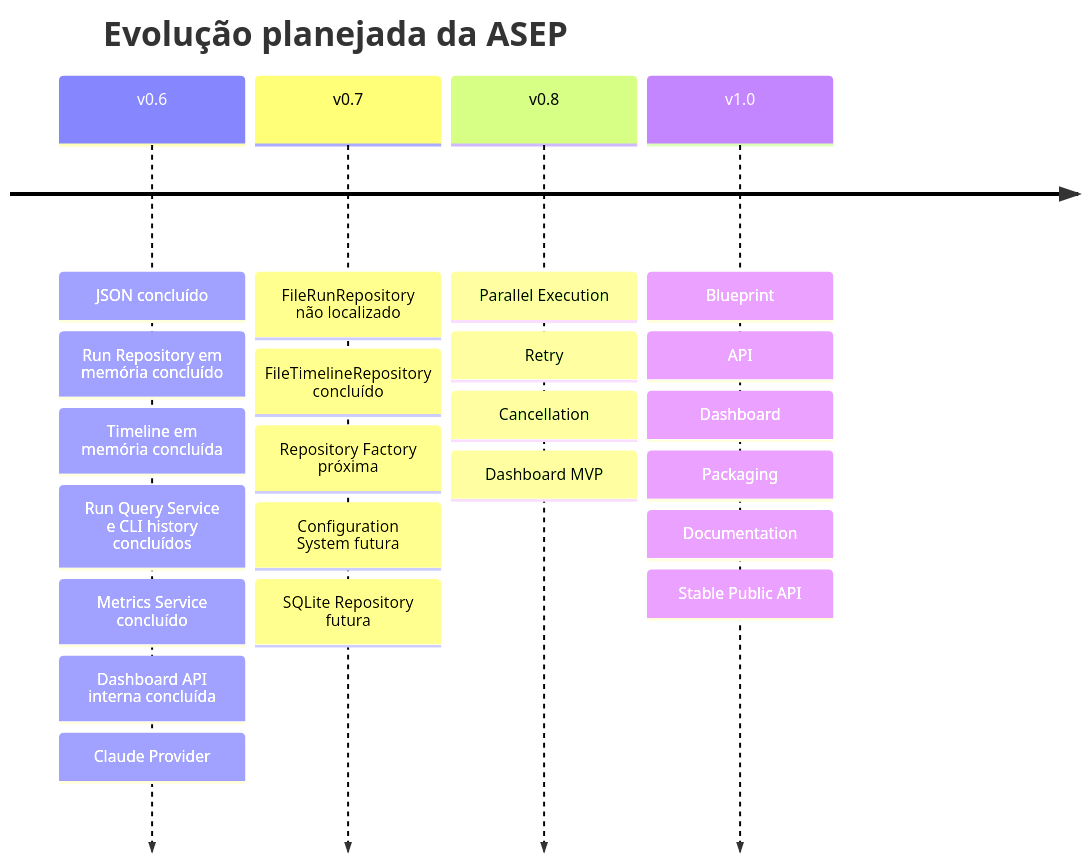
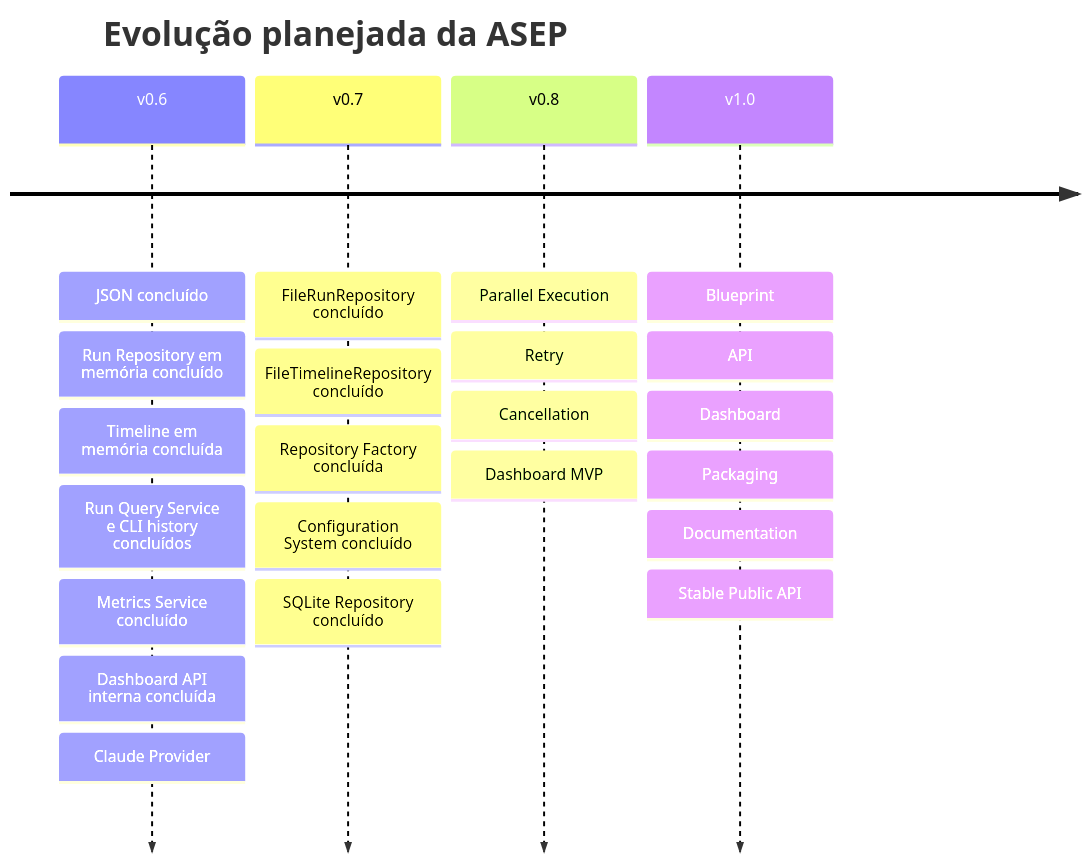
One commit to paul-92/fabrica-de-software changed the diagram in docs/architecture/Roadmap.md. Above: the diagram before and after it, drawn with Mermaid. The commit also changed other lines of this file and 47 other files, not shown here.

Commit message:
feat: add SQLite repository backend and architectural documentation

````diff
--- a/docs/architecture/Roadmap.md
+++ b/docs/architecture/Roadmap.md
@@ -8,26 +8,26 @@
 ```mermaid
 timeline
     title Evolução planejada da ASEP
     v0.6 : JSON concluído
          : Run Repository em memória concluído
          : Timeline em memória concluída
          : Run Query Service e CLI history concluídos
          : Metrics Service concluído
          : Dashboard API interna concluída
          : Claude Provider
-    v0.7 : FileRunRepository não localizado
+    v0.7 : FileRunRepository concluído
          : FileTimelineRepository concluído
-         : Repository Factory próxima
-         : Configuration System futura
-         : SQLite Repository futura
+         : Repository Factory concluída
+         : Configuration System concluído
+         : SQLite Repository concluído
     v0.8 : Parallel Execution
          : Retry
          : Cancellation
          : Dashboard MVP
     v1.0 : Blueprint
          : API
          : Dashboard
          : Packaging
          : Documentation
          : Stable Public API
 ```
````
